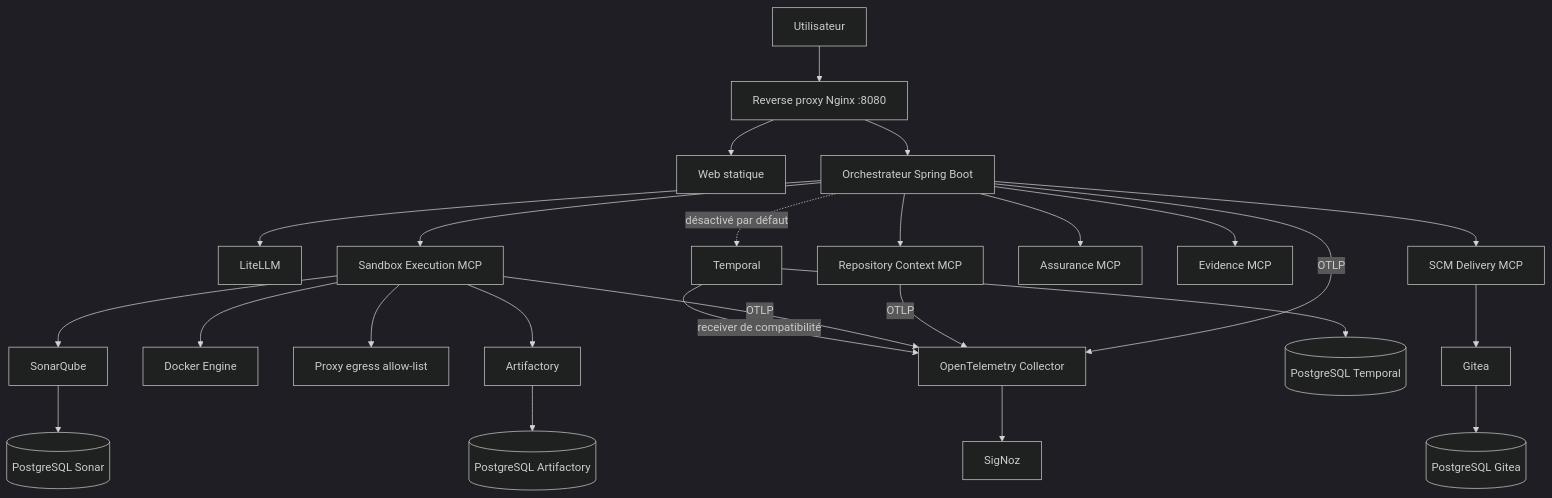
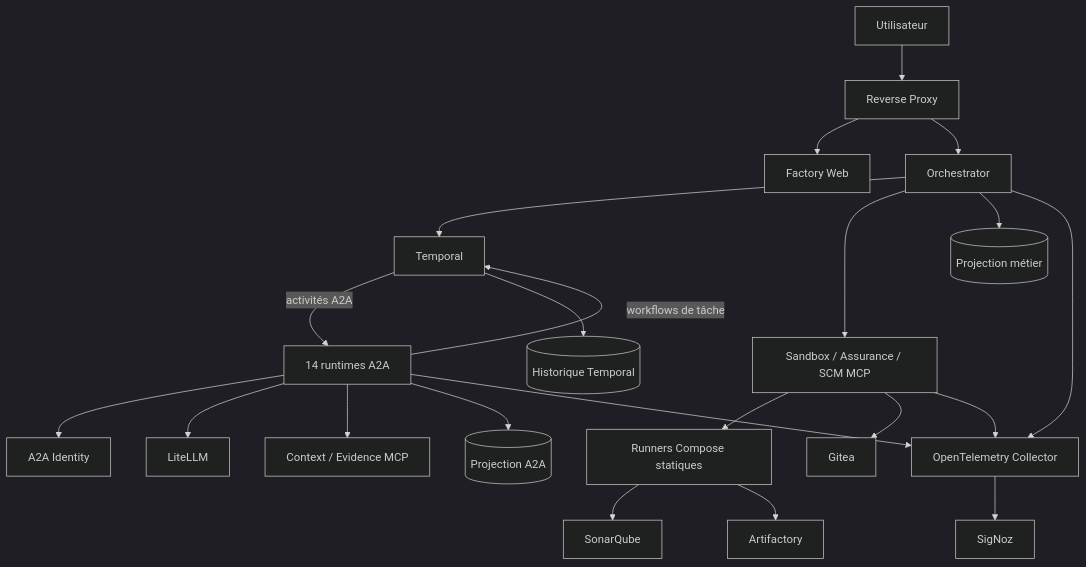
One commit to dbeaumont/ai-software-factory-local changed the first of 4 diagrams in docs/overview/current-state.md. Above: the diagram before and after it, drawn with Mermaid (dark theme). The commit also changed other lines of this file and 28 other files, not shown here.

````diff
--- a/docs/overview/current-state.md
+++ b/docs/overview/current-state.md
@@ -199,31 +34,28 @@
 ```mermaid
 flowchart TB
-    U[Utilisateur] --> RP[Reverse proxy Nginx :8080]
-    RP --> WEB[Web statique]
-    RP --> ORCH[Orchestrateur Spring Boot]
+  U[Utilisateur] --> RP[Reverse Proxy]
+  RP --> WEB[Factory Web]
+  RP --> ORCH[Orchestrator]
 
-    ORCH --> LLM[LiteLLM]
-    ORCH --> CTX[Repository Context MCP]
-    ORCH --> SBX[Sandbox Execution MCP]
-    ORCH --> SCM[SCM Delivery MCP]
-    ORCH --> ASS[Assurance MCP]
-    ORCH --> EVD[Evidence MCP]
-    ORCH -. désactivé par défaut .-> TMP[Temporal]
+  ORCH --> TEMP[Temporal]
+  TEMP -->|activités A2A| AGENTS[14 runtimes A2A]
+  AGENTS -->|workflows de tâche| TEMP
+  AGENTS --> ID[A2A Identity]
+  AGENTS --> LLM[LiteLLM]
+  AGENTS --> READ[Context / Evidence MCP]
 
-    SCM --> GIT[Gitea]
-    SBX --> SOCK[Docker Engine]
-    SBX --> SQUID[Proxy egress allow-list]
-    SBX --> SONAR[SonarQube]
-    SBX --> ARTI[Artifactory]
+  ORCH --> MCP[Sandbox / Assurance / SCM MCP]
+  MCP --> RUNNERS[Runners Compose statiques]
+  MCP --> GITEA[Gitea]
+  RUNNERS --> SONAR[SonarQube]
+  RUNNERS --> ART[Artifactory]
 
-    TMP --> TDB[(PostgreSQL Temporal)]
-    GIT --> GDB[(PostgreSQL Gitea)]
-    SONAR --> SDB[(PostgreSQL Sonar)]
-    ARTI --> ADB[(PostgreSQL Artifactory)]
+  ORCH --> ODB[(Projection métier)]
+  AGENTS --> ADB[(Projection A2A)]
+  TEMP --> TDB[(Historique Temporal)]
 
-    ORCH -->|OTLP| OTEL[OpenTelemetry Collector]
-    CTX -->|OTLP| OTEL
-    SBX -->|OTLP| OTEL
-    TMP -->|receiver de compatibilité| OTEL
-    OTEL --> SIGNOZ[SigNoz]
+  ORCH --> OTEL[OpenTelemetry Collector]
+  AGENTS --> OTEL
+  MCP --> OTEL
+  OTEL --> SIGNOZ[SigNoz]
 ```
````
